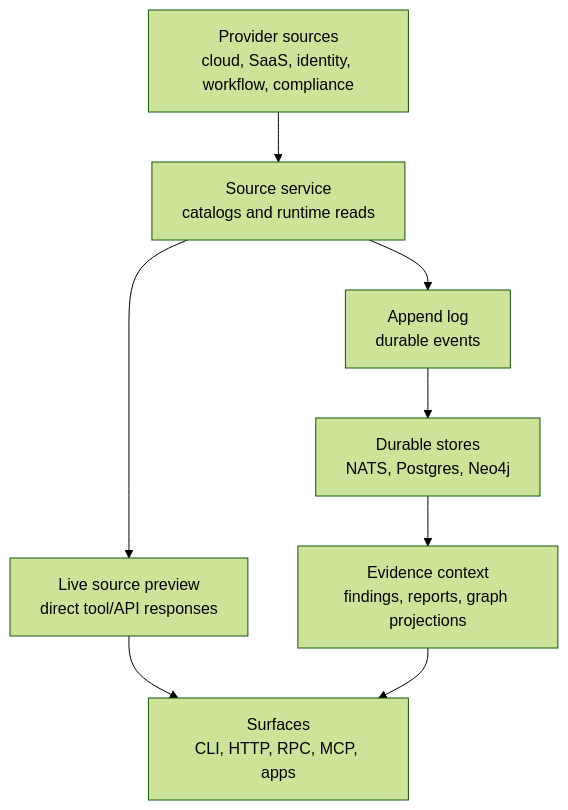
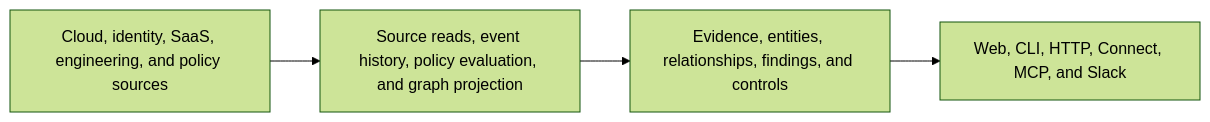
The diagram in README.md (writer/cerebro), drawn with Mermaid (forest theme) before and after one commit. The commit also changed other lines of this file and 1 other file, not shown here.

````diff
--- a/README.md
+++ b/README.md
@@ -58,18 +69,11 @@
 ```mermaid
-flowchart TB
-  Sources["Provider sources<br/>cloud, SaaS, identity, workflow, compliance"]
-  SourceService["Source service<br/>catalogs and runtime reads"]
-  Live["Live source preview<br/>direct tool/API responses"]
-  AppendLog["Append log<br/>durable events"]
-  Stores["Durable stores<br/>NATS, Postgres, Neo4j"]
-  Context["Evidence context<br/>findings, reports, graph projections"]
-  Surfaces["Surfaces<br/>CLI, HTTP, RPC, MCP, apps"]
+flowchart LR
+  Sources["Cloud, identity, SaaS, engineering, and policy sources"]
+  Runtime["Source reads, event history, policy evaluation, and graph projection"]
+  Context["Evidence, entities, relationships, findings, and controls"]
+  Surfaces["Web, CLI, HTTP, Connect, MCP, and Slack"]
 
-  Sources --> SourceService
-  SourceService --> Live
-  SourceService --> AppendLog
-  AppendLog --> Stores
-  Stores --> Context
-  Live --> Surfaces
+  Sources --> Runtime
+  Runtime --> Context
   Context --> Surfaces
 ```
````
